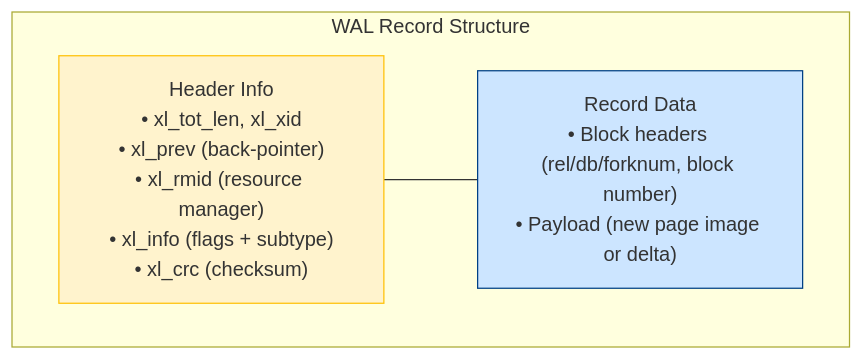
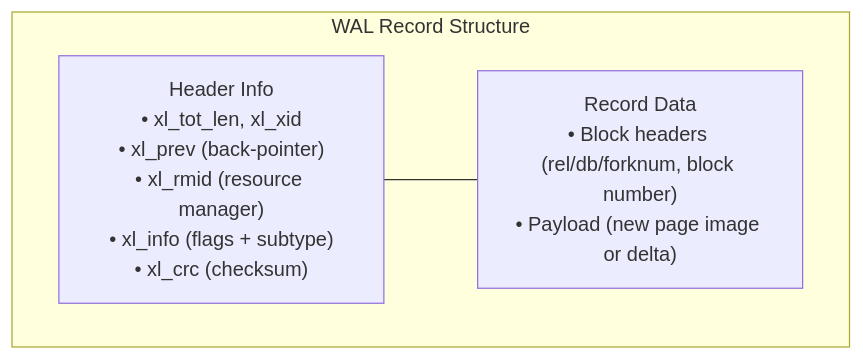
Before and after one commit to KnightKnight27/scaler-Adv-DBMS: the third of 3 diagrams in System_Design_Docs/postgresql-internals/README.md, drawn with Mermaid. The commit also changed other lines of this file and 3 other files, not shown here.

Commit message:
chore: change styling for diagrams

````diff
--- a/System_Design_Docs/postgresql-internals/README.md
+++ b/System_Design_Docs/postgresql-internals/README.md
@@ -135,12 +125,9 @@
 ```mermaid
 graph TD
     subgraph WAL ["WAL Record Structure"]
         Header["Header Info<br>• xl_tot_len, xl_xid<br>• xl_prev (back-pointer)<br>• xl_rmid (resource manager)<br>• xl_info (flags + subtype)<br>• xl_crc (checksum)"]
         Data["Record Data<br>• Block headers (rel/db/forknum, block number)<br>• Payload (new page image or delta)"]
     end
 
     Header --- Data
-
-    style Header fill:#fff3cd,stroke:#ffc107,stroke-width:1px
-    style Data fill:#cce5ff,stroke:#004085,stroke-width:1px
 ```
````
